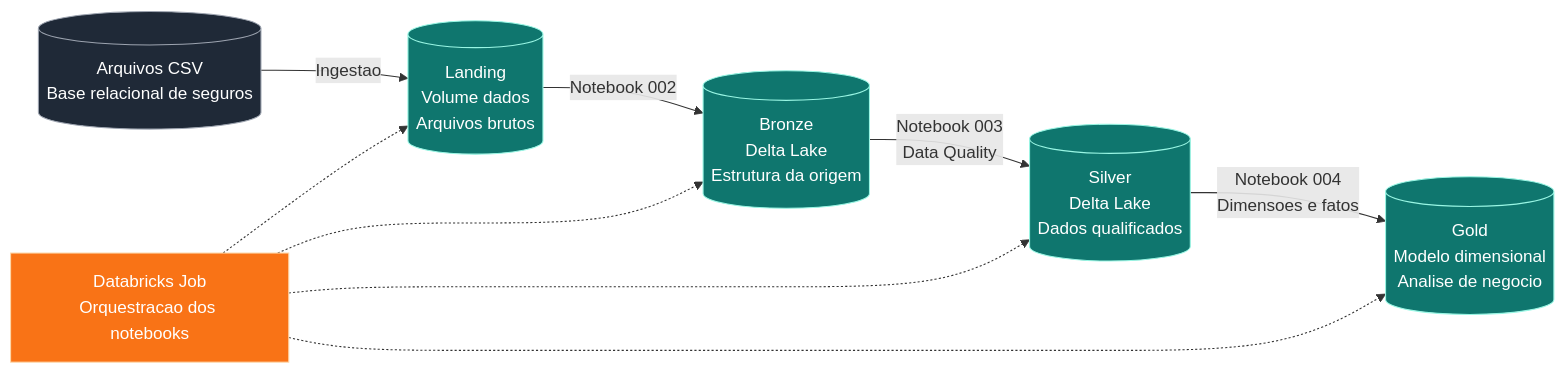
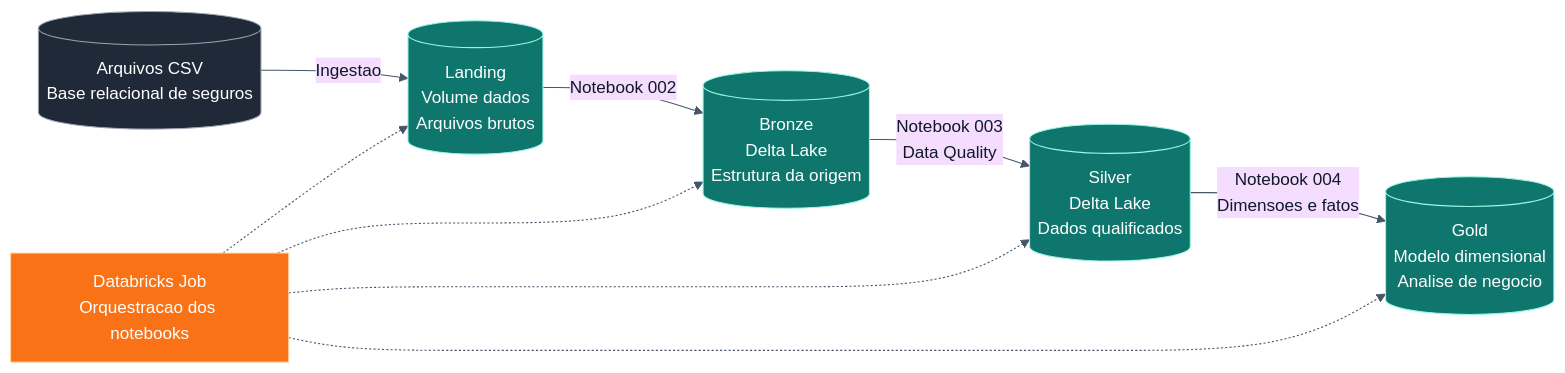
The diagram in docs/arquitetura.md (omrl/trabalho-3-lakehouse-databricks), drawn with Mermaid before and after one commit. The commit also changed 1 other file, not shown here.

Commit message:
docs: melhora contraste do diagrama de arquitetura

````diff
--- a/docs/arquitetura.md
+++ b/docs/arquitetura.md
@@ -7,27 +7,29 @@
 ```mermaid
+%%{init: {"theme": "base", "themeVariables": {"primaryTextColor": "#ffffff", "tertiaryTextColor": "#ffffff", "nodeTextColor": "#ffffff", "fontFamily": "Arial"}}}%%
 flowchart LR
     csv[(Arquivos CSV<br/>Base relacional de seguros)]
     landing[(Landing<br/>Volume dados<br/>Arquivos brutos)]
     bronze[(Bronze<br/>Delta Lake<br/>Estrutura da origem)]
     silver[(Silver<br/>Delta Lake<br/>Dados qualificados)]
     gold[(Gold<br/>Modelo dimensional<br/>Analise de negocio)]
     job[Databricks Job<br/>Orquestracao dos notebooks]
 
     csv -->|Ingestao| landing
     landing -->|Notebook 002| bronze
     bronze -->|Notebook 003<br/>Data Quality| silver
     silver -->|Notebook 004<br/>Dimensoes e fatos| gold
 
     job -.-> landing
     job -.-> bronze
     job -.-> silver
     job -.-> gold
 
     classDef source fill:#1f2937,stroke:#9ca3af,color:#ffffff
     classDef layer fill:#0f766e,stroke:#99f6e4,color:#ffffff
     classDef process fill:#f97316,stroke:#fed7aa,color:#ffffff
+    linkStyle default stroke:#475569,color:#111827
 
     class csv source
     class landing,bronze,silver,gold layer
     class job process
 ```
````
